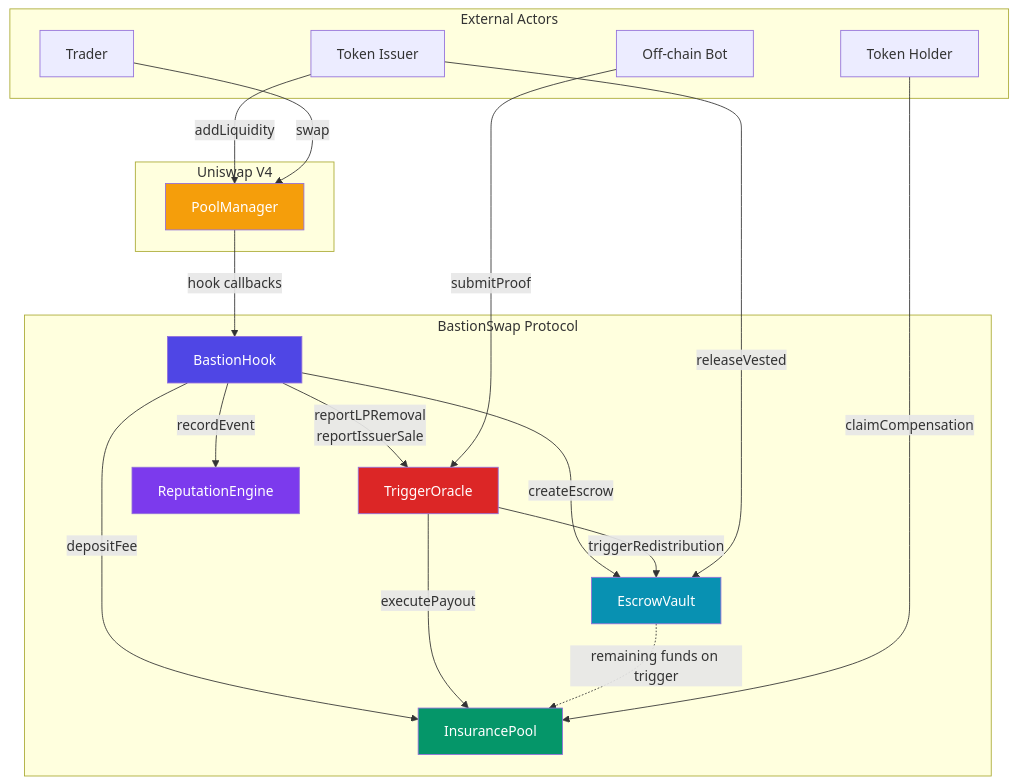
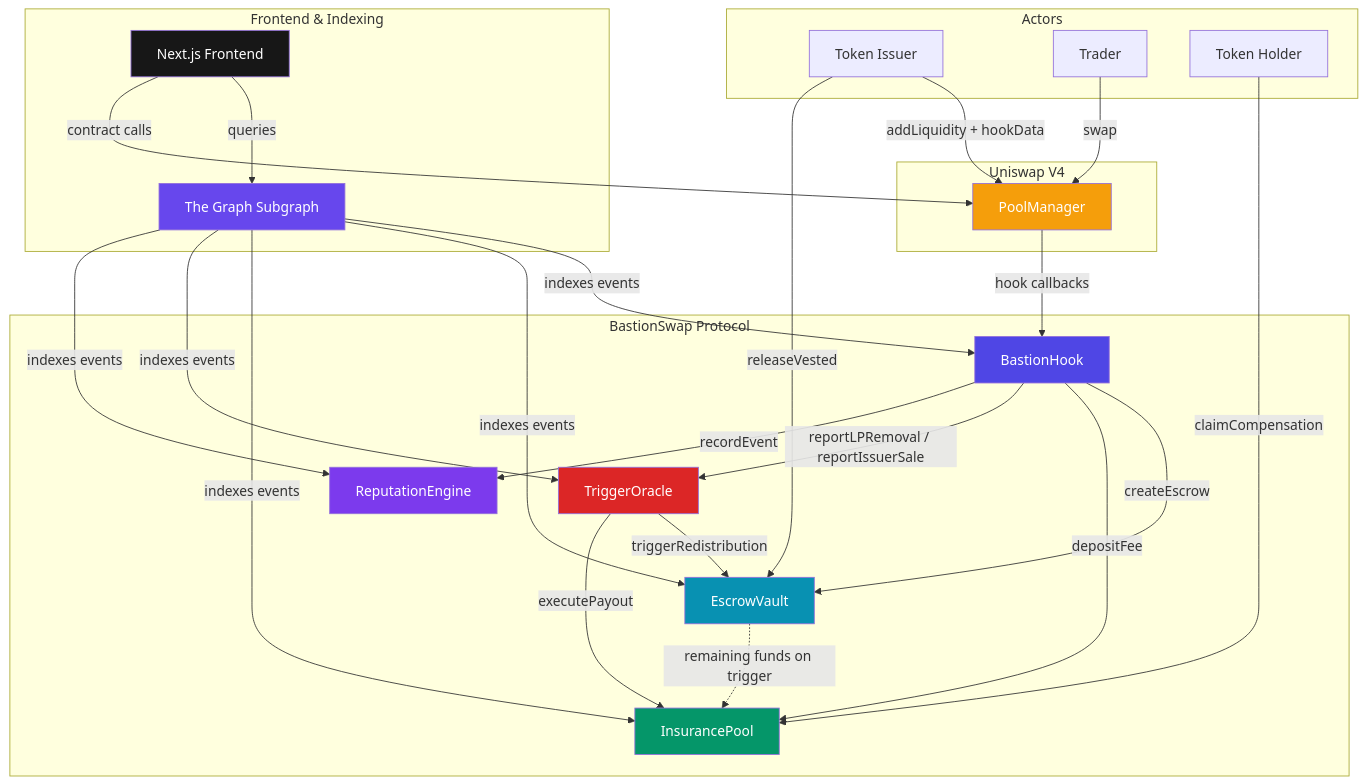
Before and after one commit to bastionswap/bastionswap: the diagram in README.md, drawn with Mermaid. The commit also changed other lines of this file and 5 other files, not shown here.

````diff
--- a/README.md
+++ b/README.md
@@ -13,45 +42,58 @@
 ```mermaid
 graph TB
     subgraph "Uniswap V4"
         PM[PoolManager]
     end
 
     subgraph "BastionSwap Protocol"
         BH[BastionHook]
         EV[EscrowVault]
         IP[InsurancePool]
         TO[TriggerOracle]
         RE[ReputationEngine]
     end
 
-    subgraph "External Actors"
+    subgraph "Frontend & Indexing"
+        FE[Next.js Frontend]
+        SG[The Graph Subgraph]
+    end
+
+    subgraph "Actors"
         IS[Token Issuer]
         TR[Trader]
-        BOT[Off-chain Bot]
         CL[Token Holder]
     end
 
-    IS -->|addLiquidity| PM
+    IS -->|addLiquidity + hookData| PM
     TR -->|swap| PM
     PM -->|hook callbacks| BH
 
     BH -->|createEscrow| EV
     BH -->|depositFee| IP
-    BH -->|reportLPRemoval\nreportIssuerSale| TO
+    BH -->|reportLPRemoval / reportIssuerSale| TO
     BH -->|recordEvent| RE
 
     TO -->|triggerRedistribution| EV
     TO -->|executePayout| IP
-    BOT -->|submitProof| TO
 
     EV -.->|remaining funds on trigger| IP
     CL -->|claimCompensation| IP
     IS -->|releaseVested| EV
+
+    SG -->|indexes events| BH
+    SG -->|indexes events| EV
+    SG -->|indexes events| IP
+    SG -->|indexes events| TO
+    SG -->|indexes events| RE
+    FE -->|queries| SG
+    FE -->|contract calls| PM
 
     style BH fill:#4f46e5,color:#fff
     style EV fill:#0891b2,color:#fff
     style IP fill:#059669,color:#fff
     style TO fill:#dc2626,color:#fff
     style RE fill:#7c3aed,color:#fff
     style PM fill:#f59e0b,color:#fff
+    style FE fill:#171717,color:#fff
+    style SG fill:#6747ed,color:#fff
 ```
````
